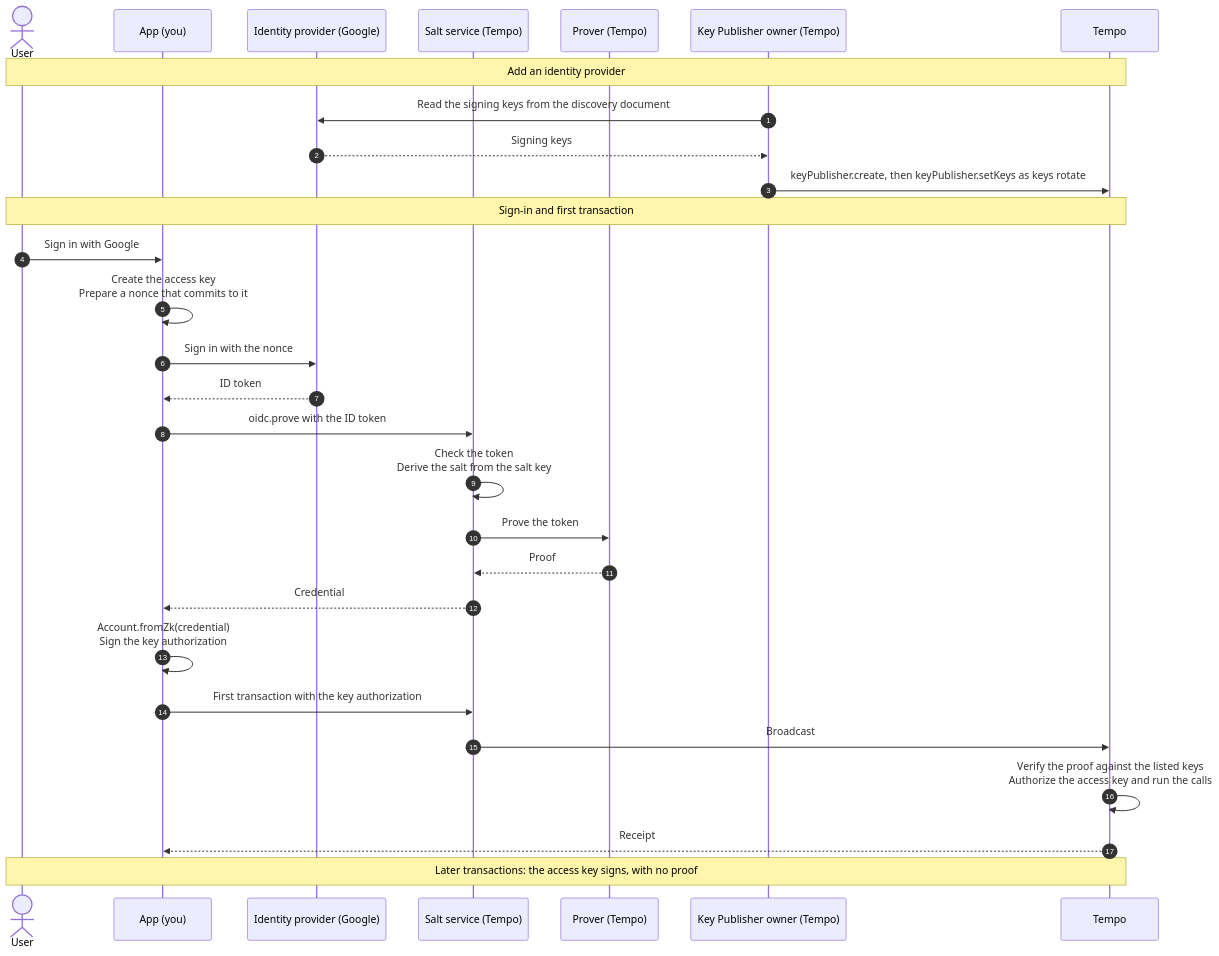
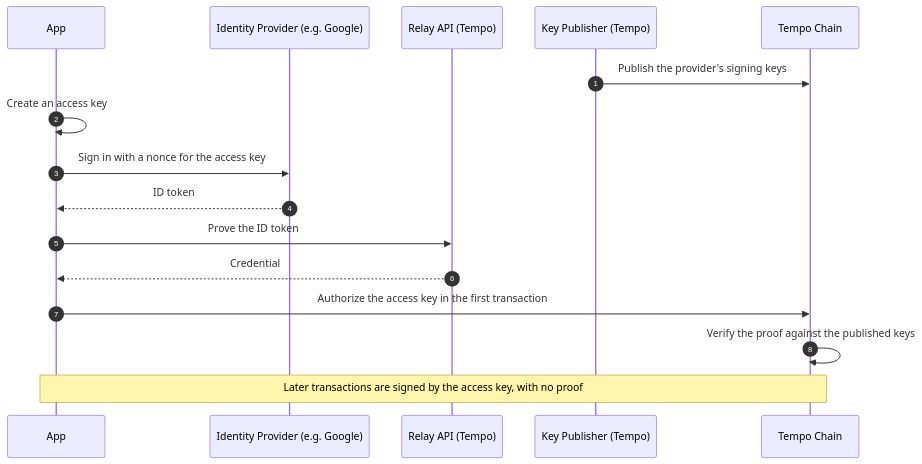
The diagram in site/pages/tempo/guides/oidc/index.mdx (wevm/viem), drawn with Mermaid before and after one commit. The commit also changed other lines of this file and 11 other files, not shown here.

First line of the commit message:
docs(tempo): align OIDC signing docs with the Viem docs

````diff
--- a/site/pages/tempo/guides/oidc/index.mdx
+++ b/site/pages/tempo/guides/oidc/index.mdx
@@ -27,34 +32,19 @@
 ```mermaid
 sequenceDiagram
     autonumber
-    actor U as User
-    participant A as App (you)
-    participant I as Identity provider (Google)
-    participant S as Salt service (Tempo)
-    participant P as Prover (Tempo)
-    participant K as Key Publisher owner (Tempo)
-    participant T as Tempo
+    participant A as App
+    participant I as Identity Provider (e.g. Google)
+    participant R as Relay API (Tempo)
+    participant K as Key Publisher (Tempo)
+    participant T as Tempo Chain
 
-    Note over U,T: Add an identity provider
-    K->>I: Read the signing keys from the discovery document
-    I-->>K: Signing keys
-    K->>T: keyPublisher.create, then keyPublisher.setKeys as keys rotate
-
-    Note over U,T: Sign-in and first transaction
-    U->>A: Sign in with Google
-    A->>A: Create the access key<br/>Prepare a nonce that commits to it
-    A->>I: Sign in with the nonce
+    K->>T: Publish the provider's signing keys
+    A->>A: Create an access key
+    A->>I: Sign in with a nonce for the access key
     I-->>A: ID token
-    A->>S: oidc.prove with the ID token
-    S->>S: Check the token<br/>Derive the salt from the salt key
-    S->>P: Prove the token
-    P-->>S: Proof
-    S-->>A: Credential
-    A->>A: Account.fromZk(credential)<br/>Sign the key authorization
-    A->>S: First transaction with the key authorization
-    S->>T: Broadcast
-    T->>T: Verify the proof against the listed keys<br/>Authorize the access key and run the calls
-    T-->>A: Receipt
-
-    Note over U,T: Later transactions: the access key signs, with no proof
+    A->>R: Prove the ID token
+    R-->>A: Credential
+    A->>T: Authorize the access key in the first transaction
+    T->>T: Verify the proof against the published keys
+    Note over A,T: Later transactions are signed by the access key, with no proof
 ```
````
